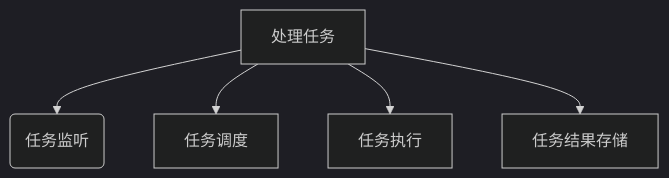
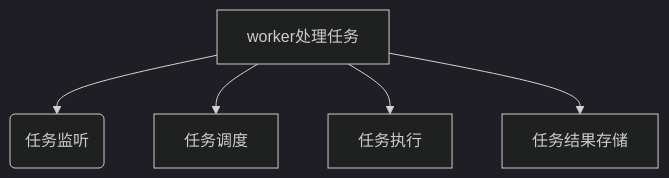
One commit to echo-music/go-crontab changed the second of 2 diagrams in README.md. Above: the diagram before and after it, drawn with Mermaid (dark theme). The commit also changed other lines of this file, not shown here.

````diff
--- a/README.md
+++ b/README.md
@@ -19,9 +19,9 @@
 ```mermaid
 graph TD
-A[处理任务] --> B(任务监听)
+A[worker处理任务] --> B(任务监听)
 A --> C[任务调度]
 A --> D[任务执行]	
 A --> E[任务结果存储]
   
   
 ```
````
